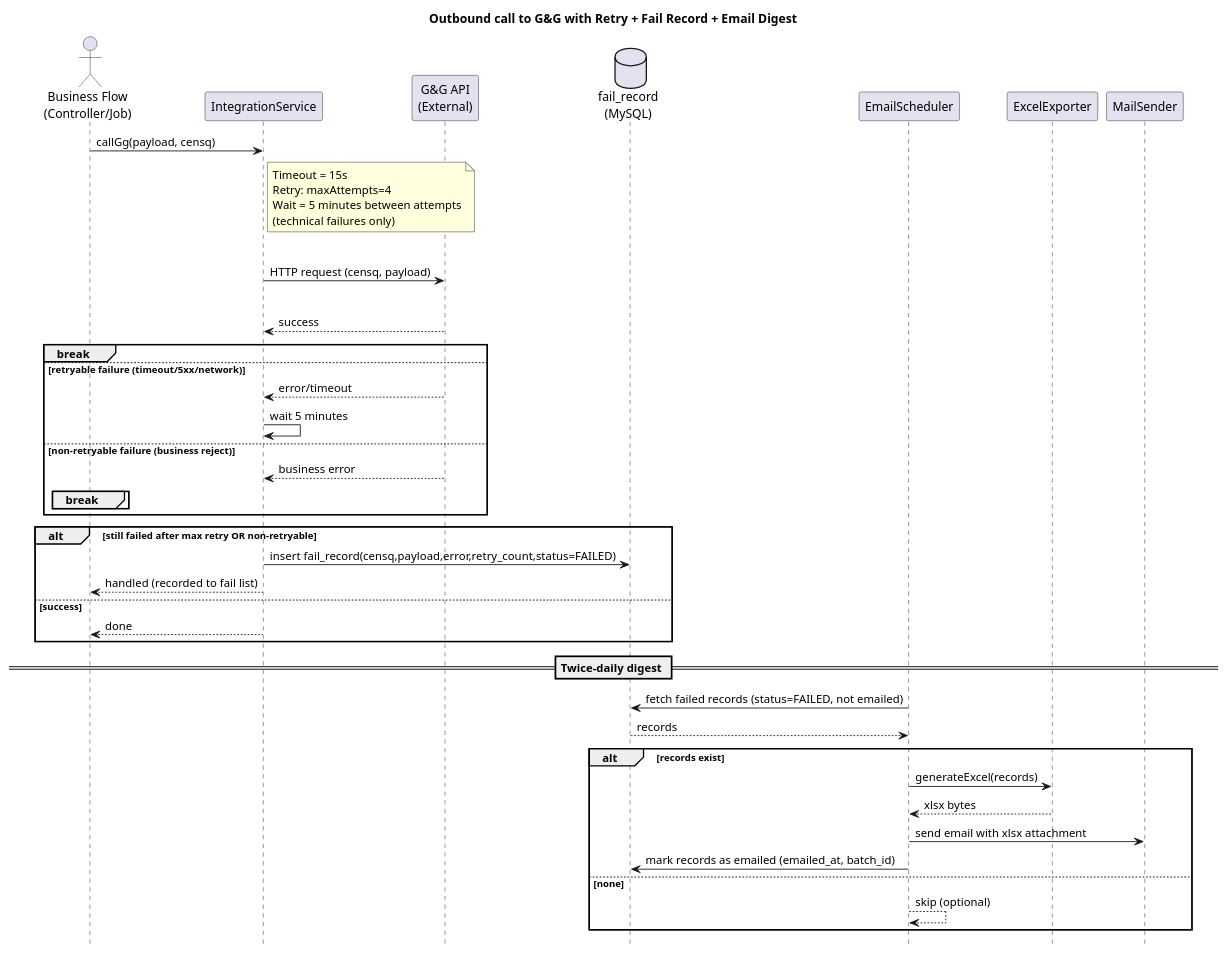
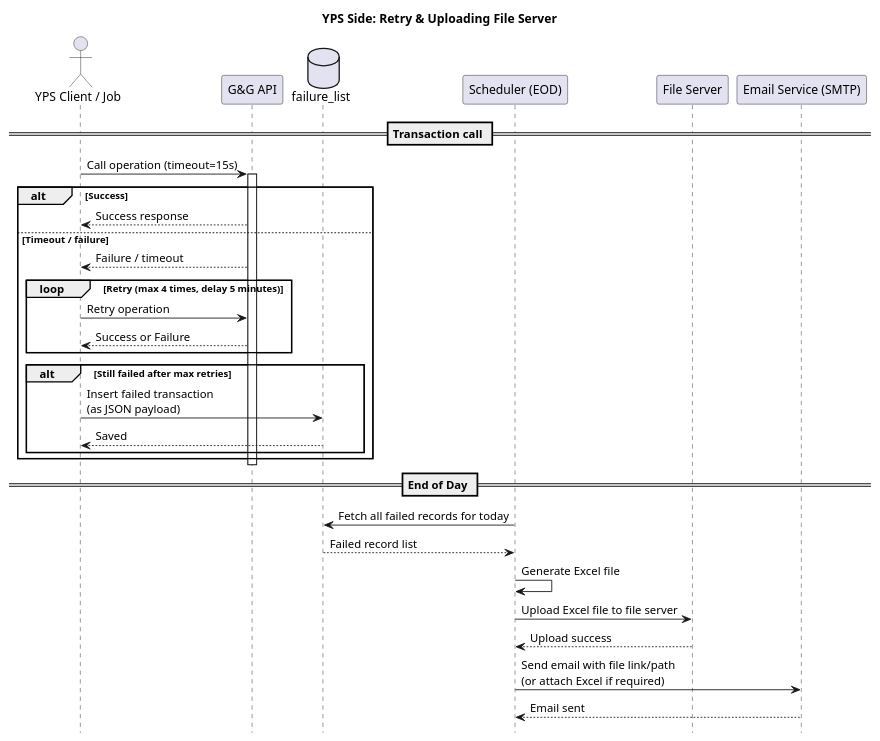
One commit to phyothuhan26/MySolutions changed the diagram in GandG_YPS_DataLost/SequenceDiagram/Outbound call_withretry_fail_record _daily email.puml. Above: the diagram before and after it, drawn with PlantUML. The commit also changed 15 other files, not shown here.

```diff
--- a/GandG_YPS_DataLost/SequenceDiagram/Outbound call_withretry_fail_record _daily email.puml
+++ b/GandG_YPS_DataLost/SequenceDiagram/Outbound call_withretry_fail_record _daily email.puml
@@ -1,54 +1,42 @@
 @startuml
-title Outbound call to G&G with Retry + Fail Record + Email Digest
+title YPS Side: Retry & Uploading File Server
 hide footbox
-actor "Business Flow\n(Controller/Job)" as FLOW
-participant "IntegrationService" as SVC
-participant "G&G API\n(External)" as GG
-database "fail_record\n(MySQL)" as FAILDB
-participant "EmailScheduler" as SCH
-participant "ExcelExporter" as XLS
-participant "MailSender" as MAIL
+actor "YPS Client / Job" as YPS
+participant "G&G API" as API
+database "failure_list" as FAIL
+participant "Scheduler (EOD)" as SCH
+participant "File Server" as FS
+participant "Email Service (SMTP)" as MAIL
 
-FLOW -> SVC: callGg(payload, censq)
+== Transaction call ==
+YPS -> API: Call operation (timeout=15s)
+activate API
 
-note right of SVC
-Timeout = 15s
-Retry: maxAttempts=4
-Wait = 5 minutes between attempts
-(technical failures only)
-end note
+alt Success
+  API --> YPS: Success response
+else Timeout / failure
+  API --> YPS: Failure / timeout
 
-loop attempt 1..4
-  SVC -> GG: HTTP request (censq, payload)
-  alt success (000000 / 2xx)
-    GG --> SVC: success
-    break
-  else retryable failure (timeout/5xx/network)
-    GG --> SVC: error/timeout
-    SVC -> SVC: wait 5 minutes
-  else non-retryable failure (business reject)
-    GG --> SVC: business error
-    break
+  loop Retry (max 4 times, delay 5 minutes)
+    YPS -> API: Retry operation
+    API --> YPS: Success or Failure
+  end
+
+  alt Still failed after max retries
+    YPS -> FAIL: Insert failed transaction\n(as JSON payload)
+    FAIL --> YPS: Saved
   end
 end
+deactivate API
 
-alt still failed after max retry OR non-retryable
-  SVC -> FAILDB: insert fail_record(censq,payload,error,retry_count,status=FAILED)
-  SVC --> FLOW: handled (recorded to fail list)
-else success
-  SVC --> FLOW: done
-end
+== End of Day ==
+SCH -> FAIL: Fetch all failed records for today
+FAIL --> SCH: Failed record list
 
-== Twice-daily digest ==
-SCH -> FAILDB: fetch failed records (status=FAILED, not emailed)
-FAILDB --> SCH: records
-alt records exist
-  SCH -> XLS: generateExcel(records)
-  XLS --> SCH: xlsx bytes
-  SCH -> MAIL: send email with xlsx attachment
-  SCH -> FAILDB: mark records as emailed (emailed_at, batch_id)
-else none
-  SCH --> SCH: skip (optional)
-end
+SCH -> SCH: Generate Excel file
+SCH -> FS: Upload Excel file to file server
+FS --> SCH: Upload success
 
+SCH -> MAIL: Send email with file link/path\n(or attach Excel if required)
+MAIL --> SCH: Email sent
 @enduml
```
